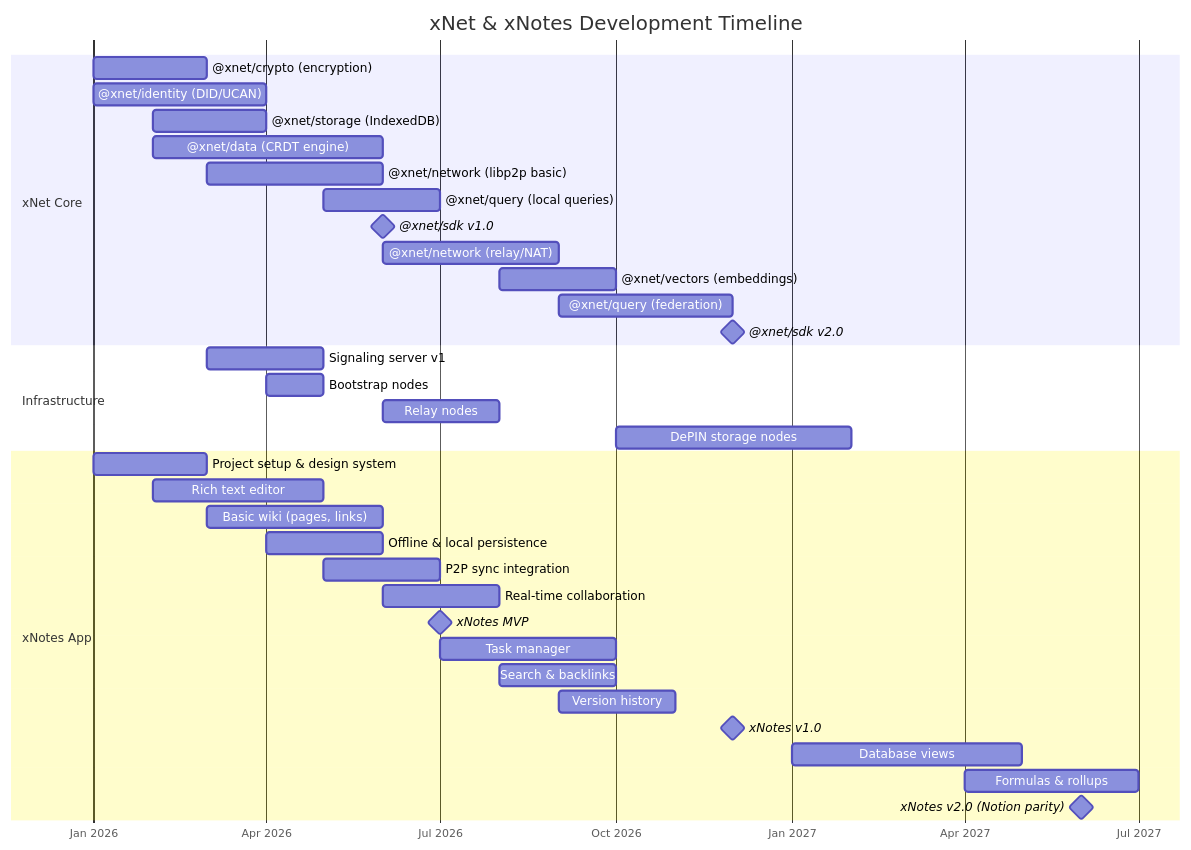
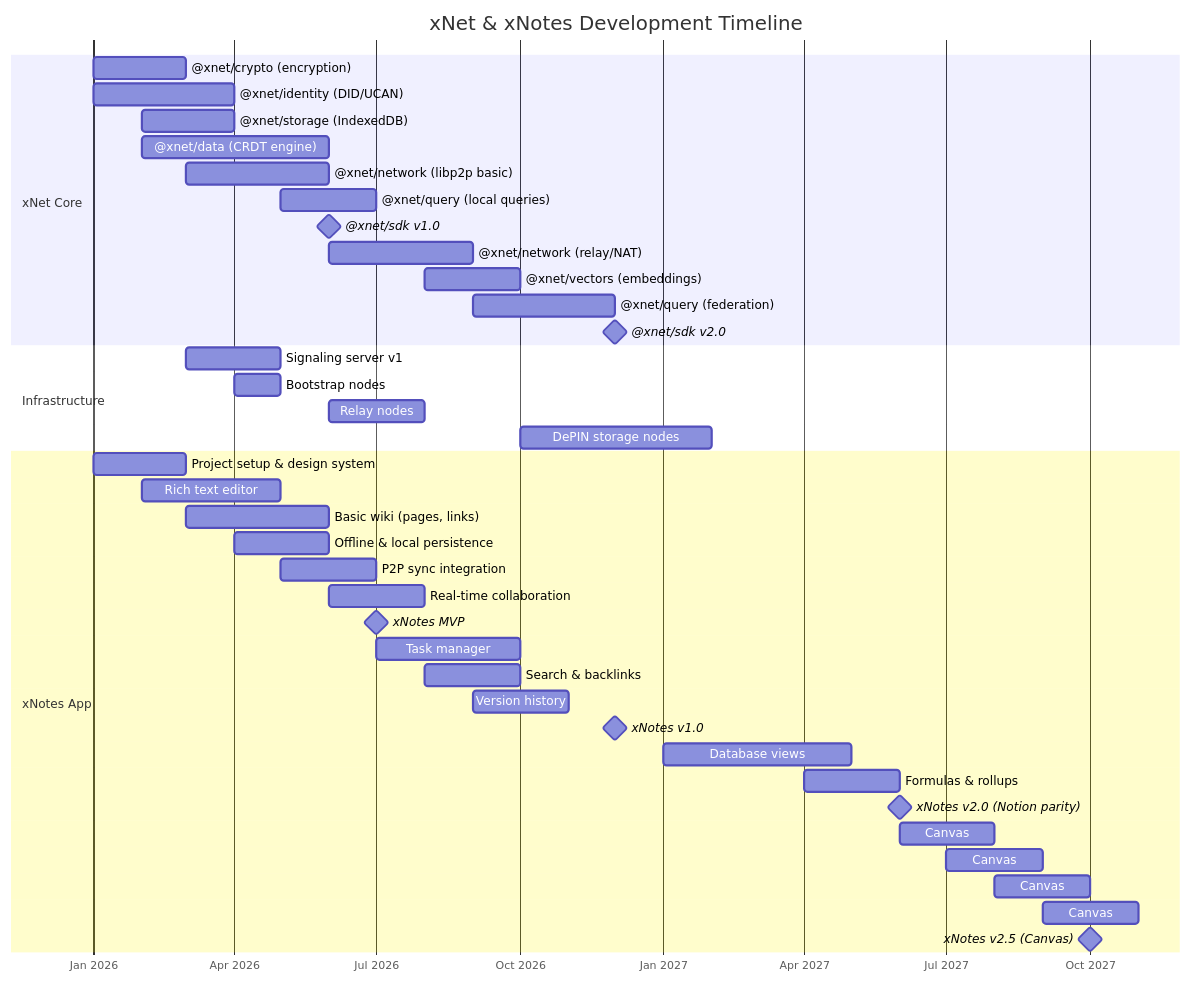
The first of 3 diagrams in docs/plan/02-development-timeline.md (crs48/xNet), drawn with Mermaid before and after one commit. The commit also changed other lines of this file and 1 other file, not shown here.

Commit message:
Add Phase 2.5 Canvas and performance specifications
- Insert infinite canvas phase between Phase 2 (Database UI) and Phase 3 (ERP)
- Add canvas development sprints: spatial indexing, node rendering, auto-layout, embedded editing
- Add integration milestones M10-M13 for Phase 2 through Phase 2.5
- Document performance specifications in README:
  - Expected metrics (latency, offline capability)
  - System limits (storage, document size, concurrent editors, P2P connections)
  - Local-first performance advantages vs traditional SaaS
  - Potential performance issues with mitigations
  - Benchmarks to track

````diff
--- a/docs/plan/02-development-timeline.md
+++ b/docs/plan/02-development-timeline.md
@@ -17,41 +17,46 @@
 ```mermaid
 gantt
     title xNet & xNotes Development Timeline
     dateFormat  YYYY-MM
     axisFormat  %b %Y
 
     section xNet Core
     @xnet/crypto (encryption)       :xc1, 2026-01, 2M
     @xnet/identity (DID/UCAN)       :xc2, 2026-01, 3M
     @xnet/storage (IndexedDB)       :xc3, 2026-02, 2M
     @xnet/data (CRDT engine)        :xc4, 2026-02, 4M
     @xnet/network (libp2p basic)    :xc5, 2026-03, 3M
     @xnet/query (local queries)     :xc6, 2026-05, 2M
     @xnet/sdk v1.0                  :milestone, 2026-06, 0d
     @xnet/network (relay/NAT)       :xc7, 2026-06, 3M
     @xnet/vectors (embeddings)      :xc8, 2026-08, 2M
     @xnet/query (federation)        :xc9, 2026-09, 3M
     @xnet/sdk v2.0                  :milestone, 2026-12, 0d
 
     section Infrastructure
     Signaling server v1             :xi1, 2026-03, 2M
     Bootstrap nodes                 :xi2, 2026-04, 1M
     Relay nodes                     :xi3, 2026-06, 2M
     DePIN storage nodes             :xi4, 2026-10, 4M
 
     section xNotes App
     Project setup & design system   :xn1, 2026-01, 2M
     Rich text editor                :xn2, 2026-02, 3M
     Basic wiki (pages, links)       :xn3, 2026-03, 3M
     Offline & local persistence     :xn4, 2026-04, 2M
     P2P sync integration            :xn5, 2026-05, 2M
     Real-time collaboration         :xn6, 2026-06, 2M
     xNotes MVP                      :milestone, 2026-07, 0d
     Task manager                    :xn7, 2026-07, 3M
     Search & backlinks              :xn8, 2026-08, 2M
     Version history                 :xn9, 2026-09, 2M
     xNotes v1.0                     :milestone, 2026-12, 0d
     Database views                  :xn10, 2027-01, 4M
-    Formulas & rollups              :xn11, 2027-04, 3M
+    Formulas & rollups              :xn11, 2027-04, 2M
     xNotes v2.0 (Notion parity)     :milestone, 2027-06, 0d
+    Canvas: spatial indexing        :xn12, 2027-06, 2M
+    Canvas: node rendering          :xn13, 2027-07, 2M
+    Canvas: auto-layout             :xn14, 2027-08, 2M
+    Canvas: embedded editing        :xn15, 2027-09, 2M
+    xNotes v2.5 (Canvas)            :milestone, 2027-10, 0d
 ```
````
